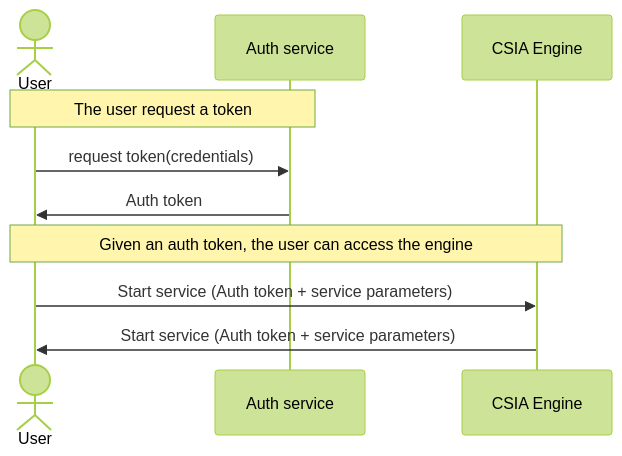
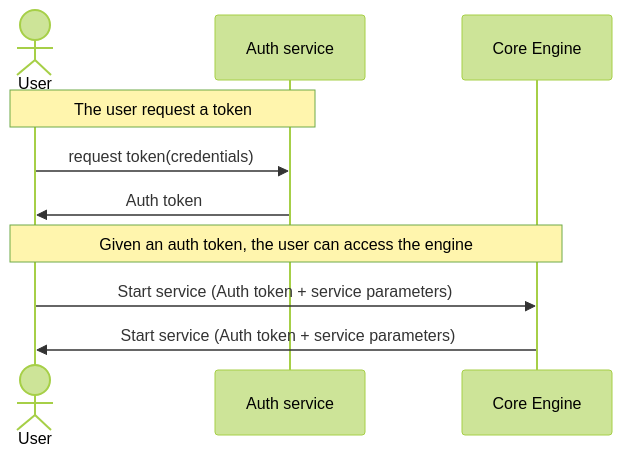
Before and after one commit to swiss-ai-center/core-engine: the diagram in docs/reference/auth.md, drawn with Mermaid (forest theme). The commit also changed other lines of this file, not shown here.

Commit message:
Update auth.md with service and engine references

````diff
--- a/docs/reference/auth.md
+++ b/docs/reference/auth.md
@@ -17,14 +17,14 @@
 ```mermaid
 sequenceDiagram
     actor User
     participant Auth service
-    participant CSIA Engine
+    participant Core Engine
 
     Note over User, Auth service: The user request a token
     User->>Auth service: request token(credentials)
     Auth service->>User: Auth token
 
-    Note over User, CSIA Engine: Given an auth token, the user can access the engine
-    User->>CSIA Engine: Start service (Auth token + service parameters)
-    CSIA Engine->>User: Start service (Auth token + service parameters)
+    Note over User, Core Engine: Given an auth token, the user can access the engine
+    User->>Core Engine: Start service (Auth token + service parameters)
+    Core Engine->>User: Start service (Auth token + service parameters)
 ```
````
